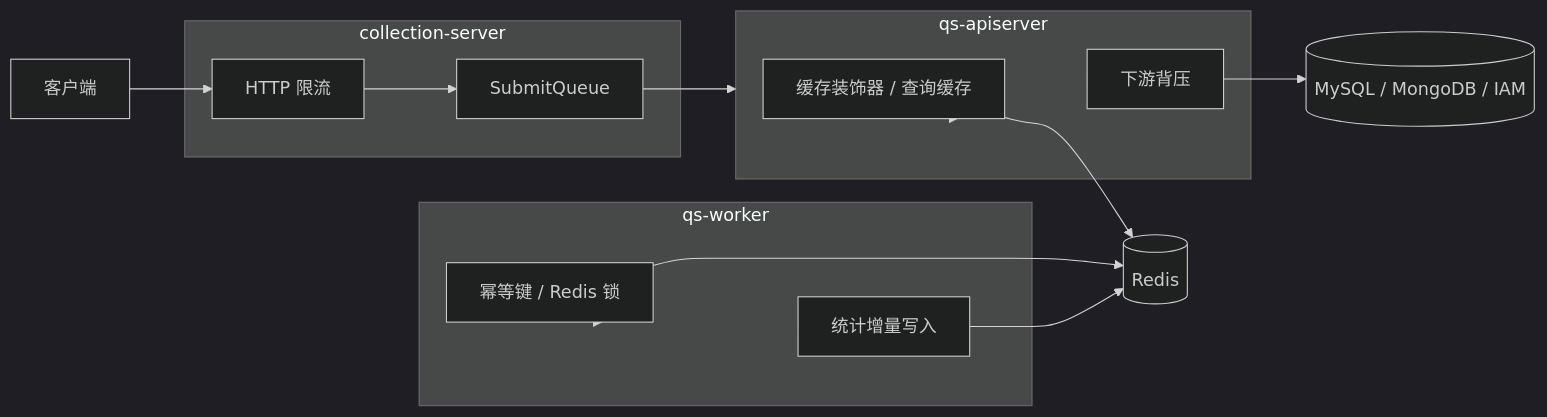
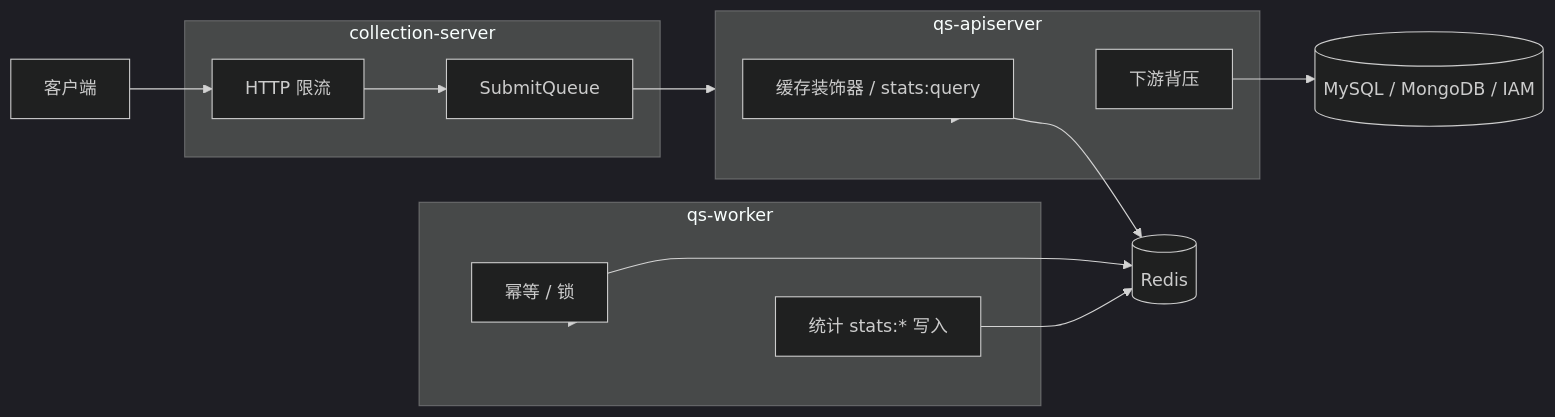
Before and after one commit to FangcunMount/qs-server: the diagram in docs/03-基础设施/03-缓存与限流.md, drawn with Mermaid (dark theme). The commit also changed other lines of this file and 34 other files, not shown here.

````diff
--- a/docs/03-基础设施/03-缓存与限流.md
+++ b/docs/03-基础设施/03-缓存与限流.md
@@ -31,28 +30,28 @@
 ```mermaid
 flowchart LR
     Client[客户端]
 
     subgraph Collection[collection-server]
         RL[HTTP 限流]
-        Queue[SubmitQueue]
+        Q[SubmitQueue]
     end
 
     subgraph API[qs-apiserver]
-        Cache[缓存装饰器 / 查询缓存]
+        Cache[缓存装饰器 / stats:query]
         BP[下游背压]
     end
 
     subgraph Worker[qs-worker]
-        Idem[幂等键 / Redis 锁]
-        Stats[统计增量写入]
+        Idem[幂等 / 锁]
+        Stats[统计 stats:* 写入]
     end
 
     Redis[(Redis)]
     Store[(MySQL / MongoDB / IAM)]
 
-    Client --> RL --> Queue --> API
+    Client --> RL --> Q --> API
     API --> Cache --> Redis
     API --> BP --> Store
     Worker --> Idem --> Redis
     Worker --> Stats --> Redis
 ```
````
